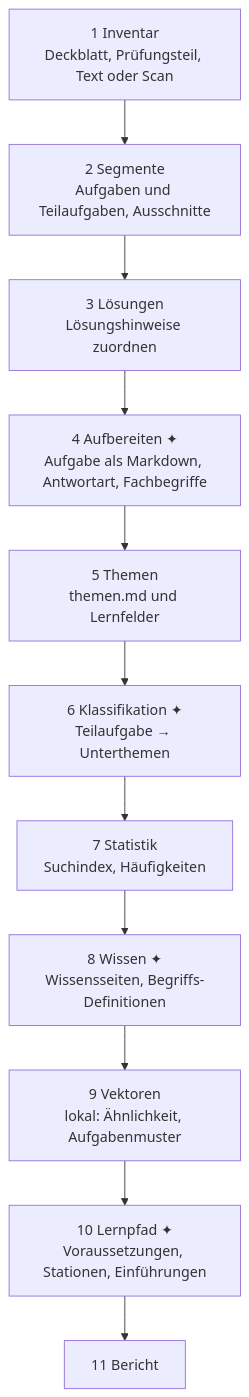
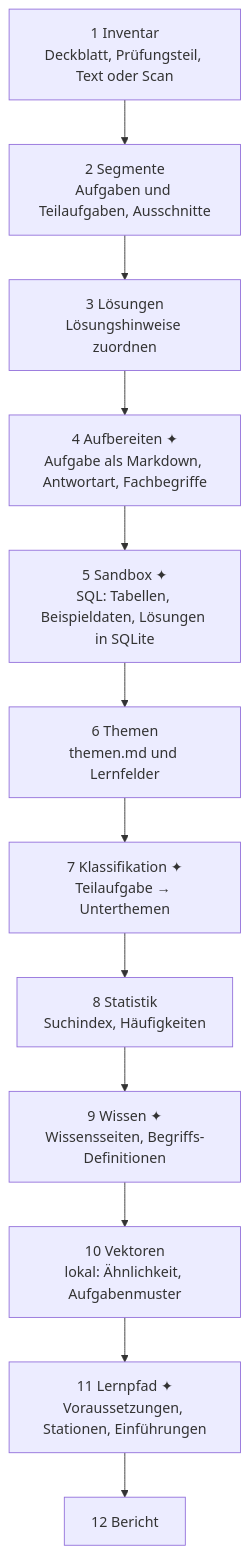
One commit to 00quasr/Saku changed the second of 4 diagrams in README.md. Above: the diagram before and after it, drawn with Mermaid. The commit also changed other lines of this file, not shown here.

First line of the commit message:
README: Bereiche vollständig (Rechnen mit allen Gruppen, Fahrplan, Verlauf), Pipeline mit Schritt sandbox, Befehle, Datensicherheit, 290 Tests

````diff
--- a/README.md
+++ b/README.md
@@ -72,13 +80,14 @@
 ```mermaid
 flowchart TD
     A["1 Inventar<br>Deckblatt, Prüfungsteil, Text oder Scan"] --> B["2 Segmente<br>Aufgaben und Teilaufgaben, Ausschnitte"]
     B --> C["3 Lösungen<br>Lösungshinweise zuordnen"]
     C --> D["4 Aufbereiten ✦<br>Aufgabe als Markdown, Antwortart, Fachbegriffe"]
-    D --> E["5 Themen<br>themen.md und Lernfelder"]
-    E --> F["6 Klassifikation ✦<br>Teilaufgabe → Unterthemen"]
-    F --> G["7 Statistik<br>Suchindex, Häufigkeiten"]
-    G --> H["8 Wissen ✦<br>Wissensseiten, Begriffs-Definitionen"]
-    H --> I["9 Vektoren<br>lokal: Ähnlichkeit, Aufgabenmuster"]
-    I --> J["10 Lernpfad ✦<br>Voraussetzungen, Stationen, Einführungen"]
-    J --> K["11 Bericht"]
+    D --> S["5 Sandbox ✦<br>SQL: Tabellen, Beispieldaten, Lösungen in SQLite"]
+    S --> E["6 Themen<br>themen.md und Lernfelder"]
+    E --> F["7 Klassifikation ✦<br>Teilaufgabe → Unterthemen"]
+    F --> G["8 Statistik<br>Suchindex, Häufigkeiten"]
+    G --> H["9 Wissen ✦<br>Wissensseiten, Begriffs-Definitionen"]
+    H --> I["10 Vektoren<br>lokal: Ähnlichkeit, Aufgabenmuster"]
+    I --> J["11 Lernpfad ✦<br>Voraussetzungen, Stationen, Einführungen"]
+    J --> K["12 Bericht"]
 ```
````
